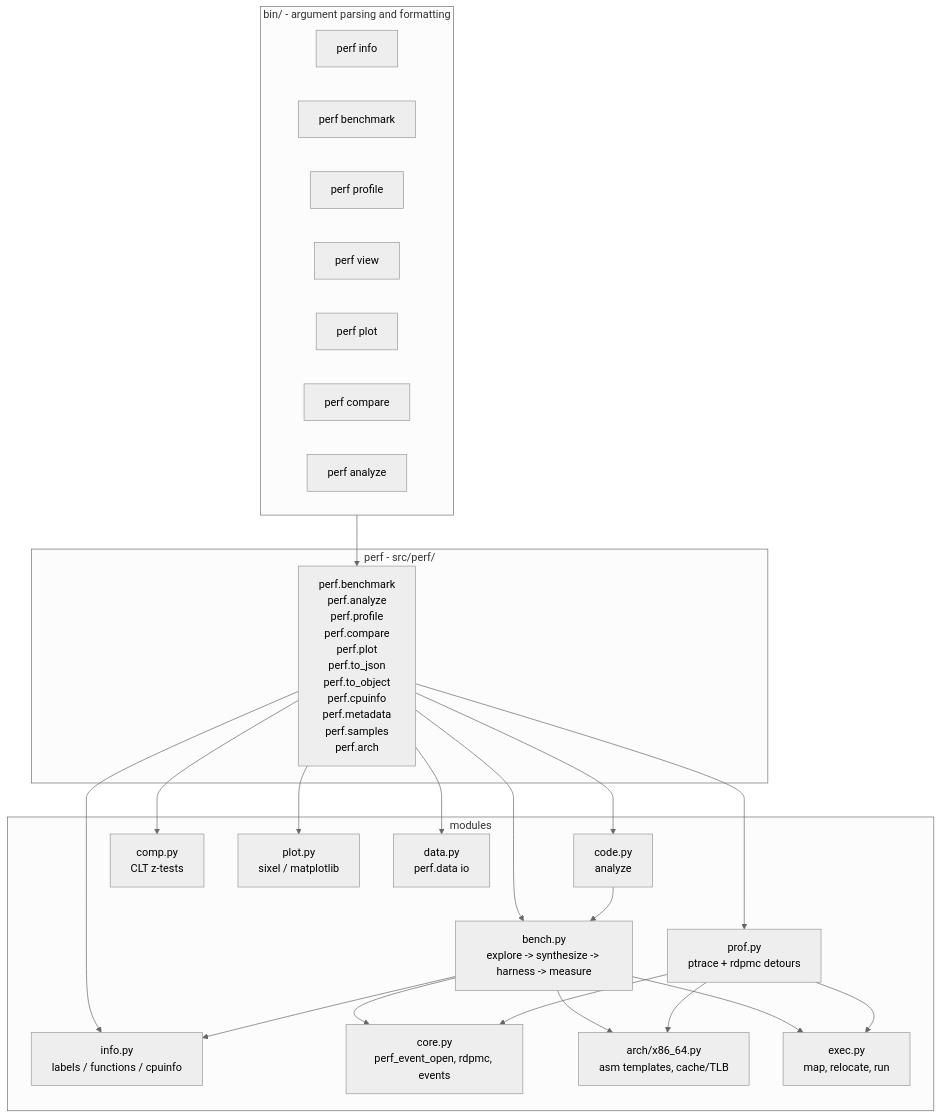
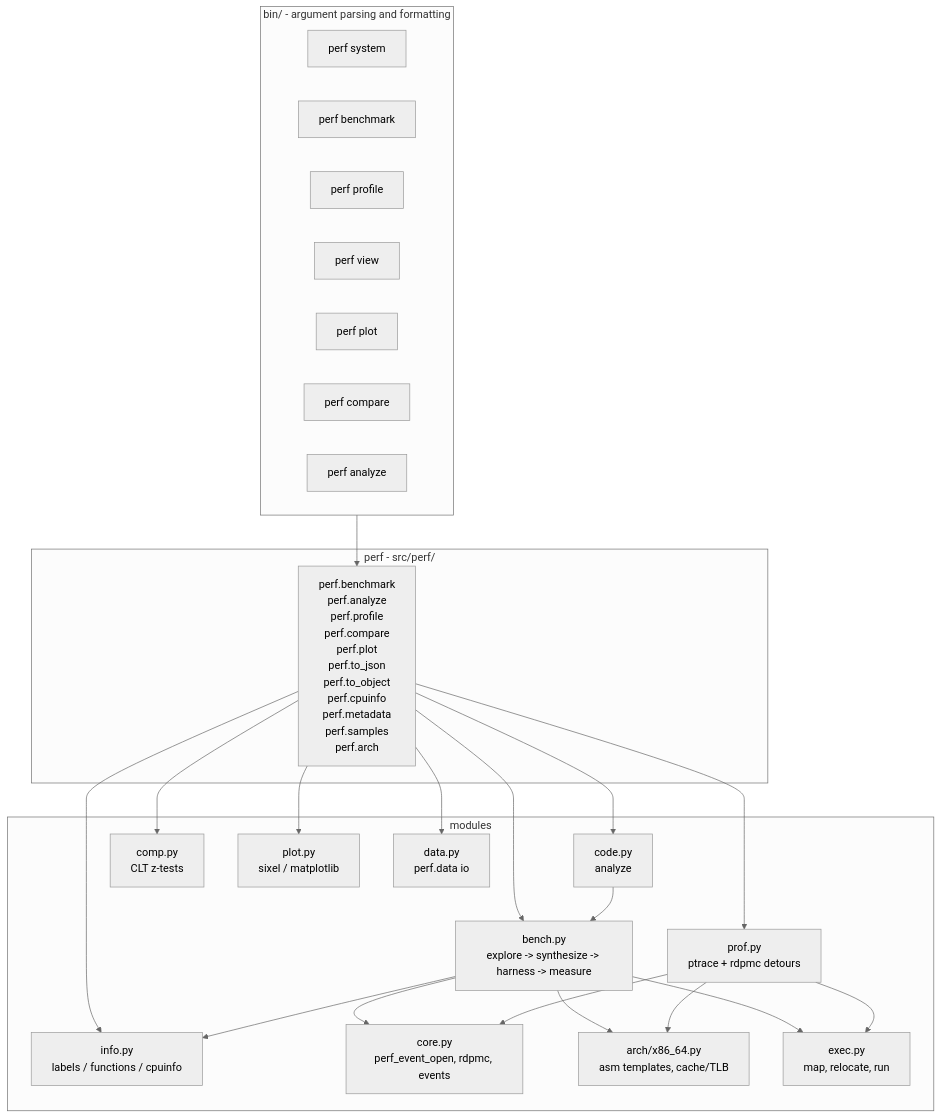
One commit to perf-labs/perf changed the first of 2 diagrams in src/README.md. Above: the diagram before and after it, drawn with Mermaid (neutral theme). The commit also changed other lines of this file and 54 other files, not shown here.

Commit message:
:new: [bin] perf-system

````diff
--- a/src/README.md
+++ b/src/README.md
@@ -7,43 +7,43 @@
 ```mermaid
 flowchart TD
     subgraph cli["bin/ - argument parsing and formatting"]
-        info[perf info]
+        info[perf system]
         bench[perf benchmark]
         prof[perf profile]
         view[perf view]
         plot[perf plot]
         comp[perf compare]
         analyze[perf analyze]
     end
     subgraph lib["perf - src/perf/"]
         api["perf.benchmark<br/>perf.analyze<br/>perf.profile<br/>perf.compare<br/>perf.plot<br/>perf.to_json<br/>perf.to_object<br/>perf.cpuinfo<br/>perf.metadata<br/>perf.samples<br/>perf.arch"]
     end
     subgraph core["modules"]
         bench_m["bench.py<br/>explore -> synthesize -> harness -> measure"]
         code_m["code.py<br/>analyze"]
         prof_m["prof.py<br/>ptrace + rdpmc detours"]
         comp_m["comp.py<br/>CLT z-tests"]
         plot_m["plot.py<br/>sixel / matplotlib"]
         data_m["data.py<br/>perf.data io"]
         info_m["info.py<br/>labels / functions / cpuinfo"]
         core_m["core.py<br/>perf_event_open, rdpmc, events"]
         arch_m["arch/x86_64.py<br/>asm templates, cache/TLB"]
         elf_m["exec.py<br/>map, relocate, run"]
     end
     cli --> api
     api --> bench_m
     api --> code_m
     api --> prof_m
     api --> comp_m
     api --> plot_m
     api --> data_m
     api --> info_m
     bench_m --> core_m
     bench_m --> arch_m
     bench_m --> elf_m
     bench_m --> info_m
     code_m --> bench_m
     prof_m --> core_m
     prof_m --> arch_m
     prof_m --> elf_m
 ```
````
